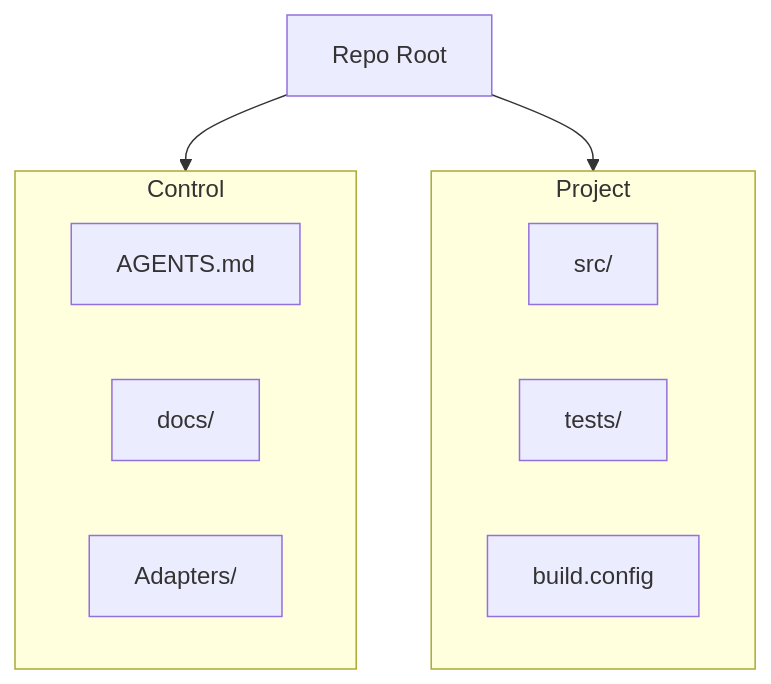
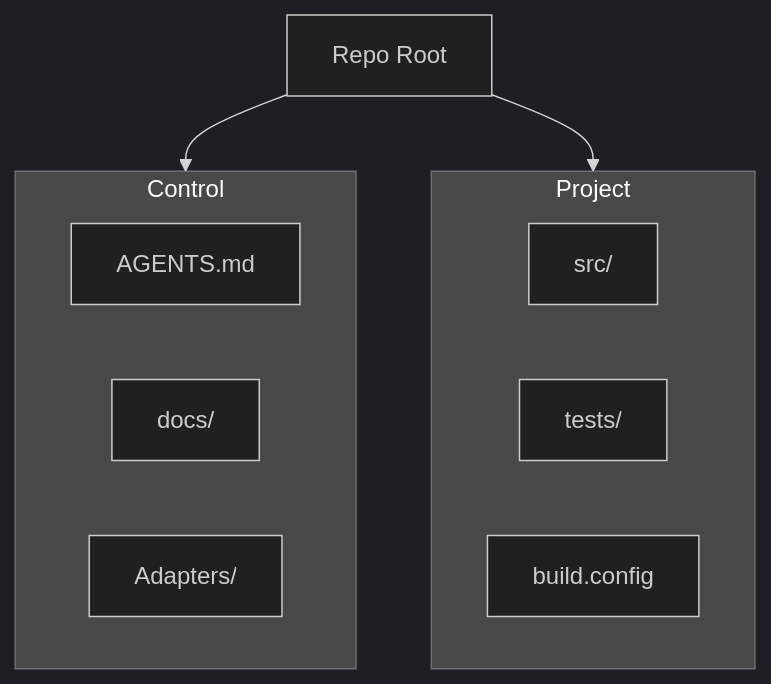
Before and after one commit to NoranBits/OrchLayerAI: the diagram in 00_Project-Core/PROJECT-INIT-TEMPLATE.md, drawn with Mermaid. The commit also changed 6 other files, not shown here.

````diff
--- a/00_Project-Core/PROJECT-INIT-TEMPLATE.md
+++ b/00_Project-Core/PROJECT-INIT-TEMPLATE.md
@@ -22,17 +22,18 @@
 ```mermaid
+%%{init: {'theme': 'dark'}}%%
 graph TD
     Root[Repo Root] --> Control[Control Plane: OrchLayer]
     Root --> Project[Project Code: Implementation]
     
     subgraph Control
         Config[AGENTS.md]
         Docs[docs/]
         Adapters[Adapters/]
     end
     
     subgraph Project
         Code[src/]
         Tests[tests/]
         Build[build.config]
     end
 ```
````
